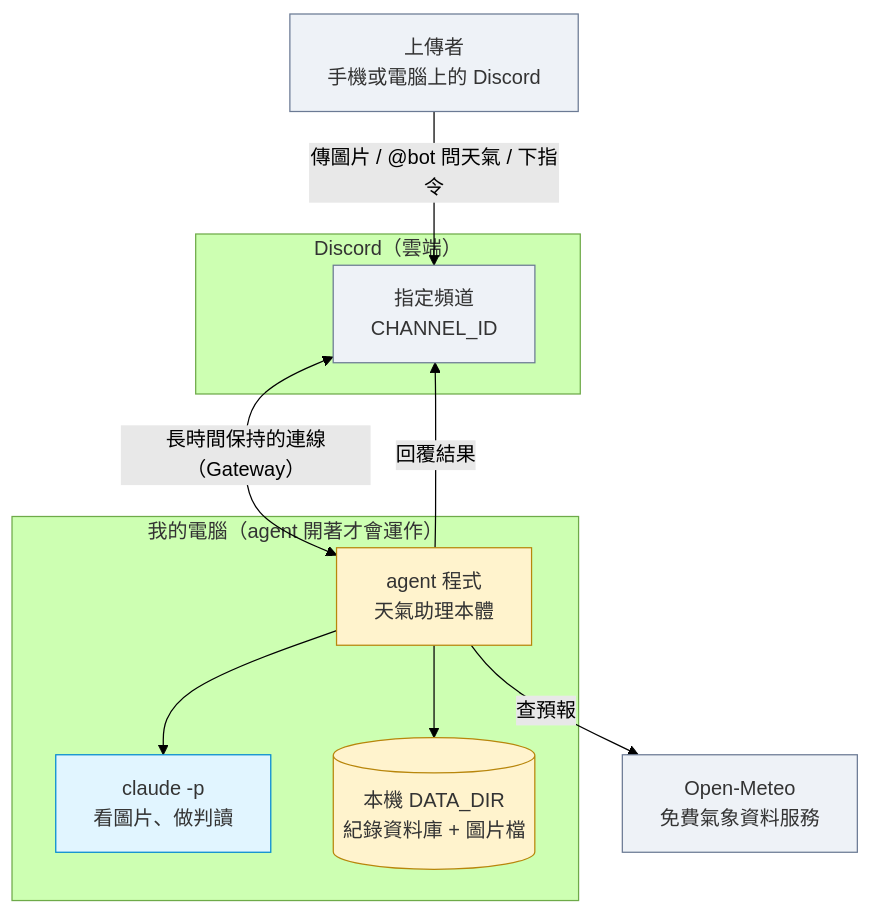
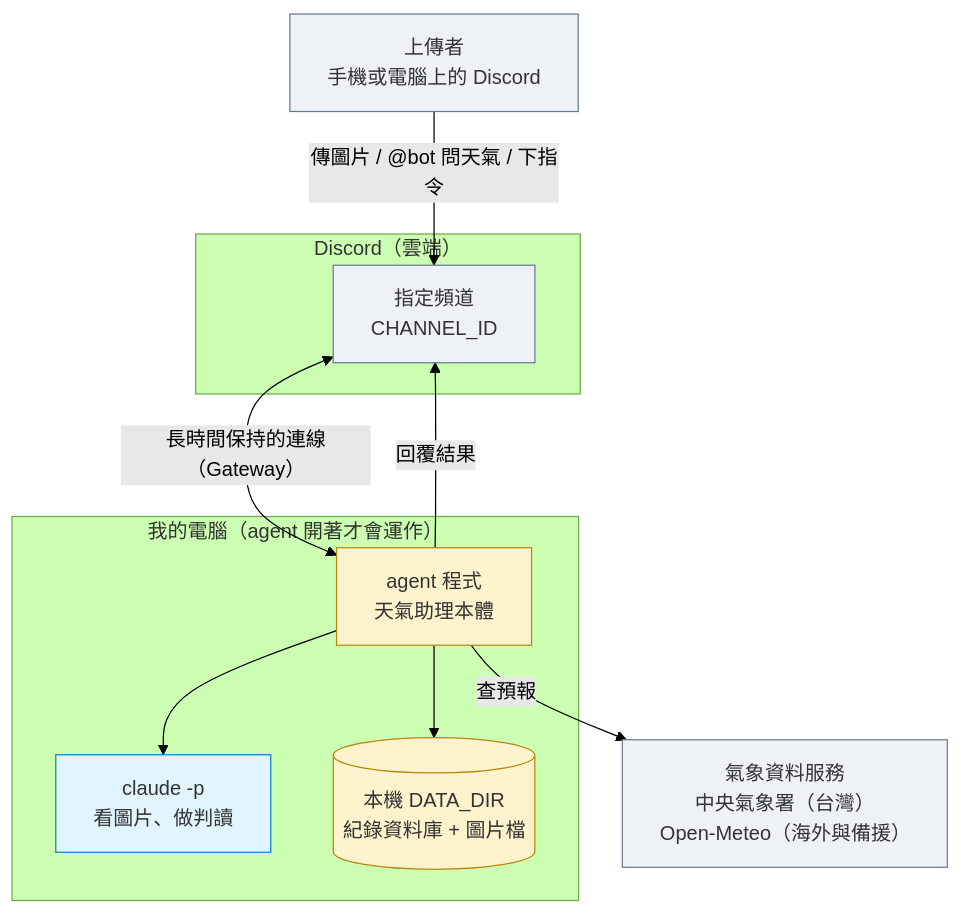
The first of 2 diagrams in docs/architecture.md (tstyphoon/phoon-weather), drawn with Mermaid (forest theme) before and after one commit. The commit also changed other lines of this file and 3 other files, not shown here.

````diff
--- a/docs/architecture.md
+++ b/docs/architecture.md
@@ -20,30 +20,30 @@
 ```mermaid
 flowchart TB
     user["上傳者<br/>手機或電腦上的 Discord"]
 
     subgraph dc["Discord（雲端）"]
         ch["指定頻道<br/>CHANNEL_ID"]
     end
 
     subgraph pc["我的電腦（agent 開著才會運作）"]
         agent["agent 程式<br/>天氣助理本體"]
         cli["claude -p<br/>看圖片、做判讀"]
         data[("本機 DATA_DIR<br/>紀錄資料庫 + 圖片檔")]
         agent --> cli
         agent --> data
     end
 
-    weather["Open-Meteo<br/>免費氣象資料服務"]
+    weather["氣象資料服務<br/>中央氣象署（台灣）<br/>Open-Meteo（海外與備援）"]
 
     user -->|"傳圖片 / @bot 問天氣 / 下指令"| ch
     ch <-->|"長時間保持的連線（Gateway）"| agent
     agent -->|"回覆結果"| ch
     agent -->|"查預報"| weather
 
     classDef you fill:#fff3cd,stroke:#b8860b,color:#333
     classDef cloud fill:#eef2f7,stroke:#6b7a94,color:#333
     classDef cli fill:#e1f5ff,stroke:#0288d1,color:#333
     class agent,data you
     class user,ch,weather cloud
     class cli cli
 ```
````
